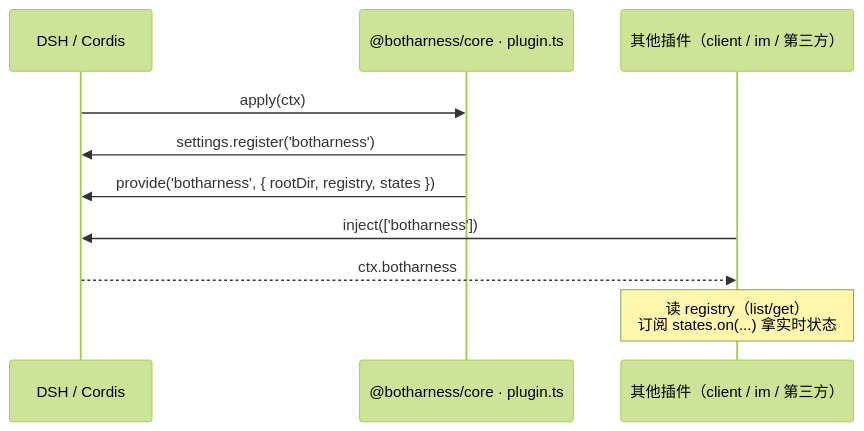
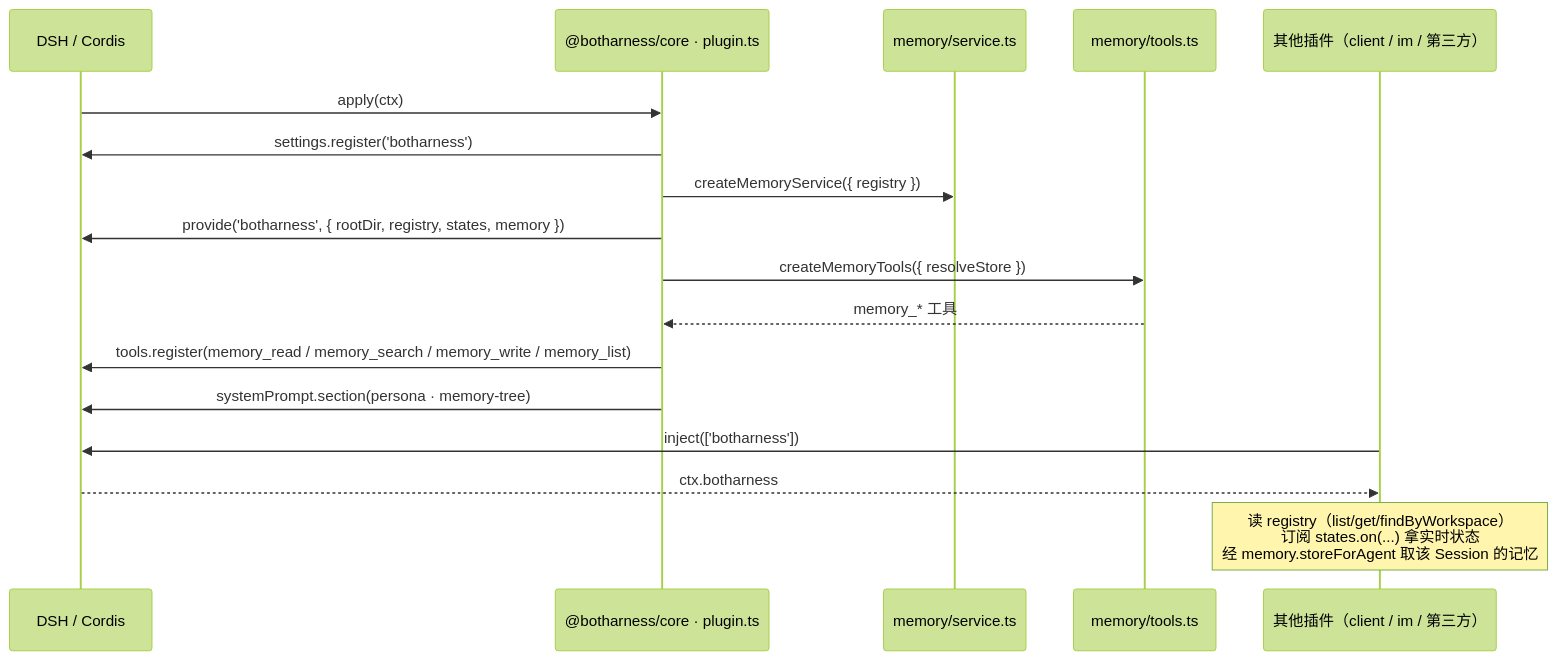
Before and after one commit to BotHarness/BotHarness: the third of 6 diagrams in docs/architecture/botharness-architecture.md, drawn with Mermaid (forest theme). The commit also changed other lines of this file and 51 other files, not shown here.

First line of the commit message:
feat(core): M2 记忆 MVP（store / tools / git / prompt 注入） (#22)

````diff
--- a/docs/architecture/botharness-architecture.md
+++ b/docs/architecture/botharness-architecture.md
@@ -90,13 +112,20 @@
 ```mermaid
 sequenceDiagram
   participant D as DSH / Cordis
   participant P as @botharness/core · plugin.ts
+  participant M as memory/service.ts
+  participant T as memory/tools.ts
   participant O as 其他插件（client / im / 第三方）
 
   D->>P: apply(ctx)
   P->>D: settings.register('botharness')
-  P->>D: provide('botharness', { rootDir, registry, states })
+  P->>M: createMemoryService({ registry })
+  P->>D: provide('botharness', { rootDir, registry, states, memory })
+  P->>T: createMemoryTools({ resolveStore })
+  T-->>P: memory_* 工具
+  P->>D: tools.register(memory_read / memory_search / memory_write / memory_list)
+  P->>D: systemPrompt.section(persona · memory-tree)
   O->>D: inject(['botharness'])
   D-->>O: ctx.botharness
-  Note over O: 读 registry（list/get）<br/>订阅 states.on(...) 拿实时状态
+  Note over O: 读 registry（list/get/findByWorkspace）<br/>订阅 states.on(...) 拿实时状态<br/>经 memory.storeForAgent 取该 Session 的记忆
 ```
````
